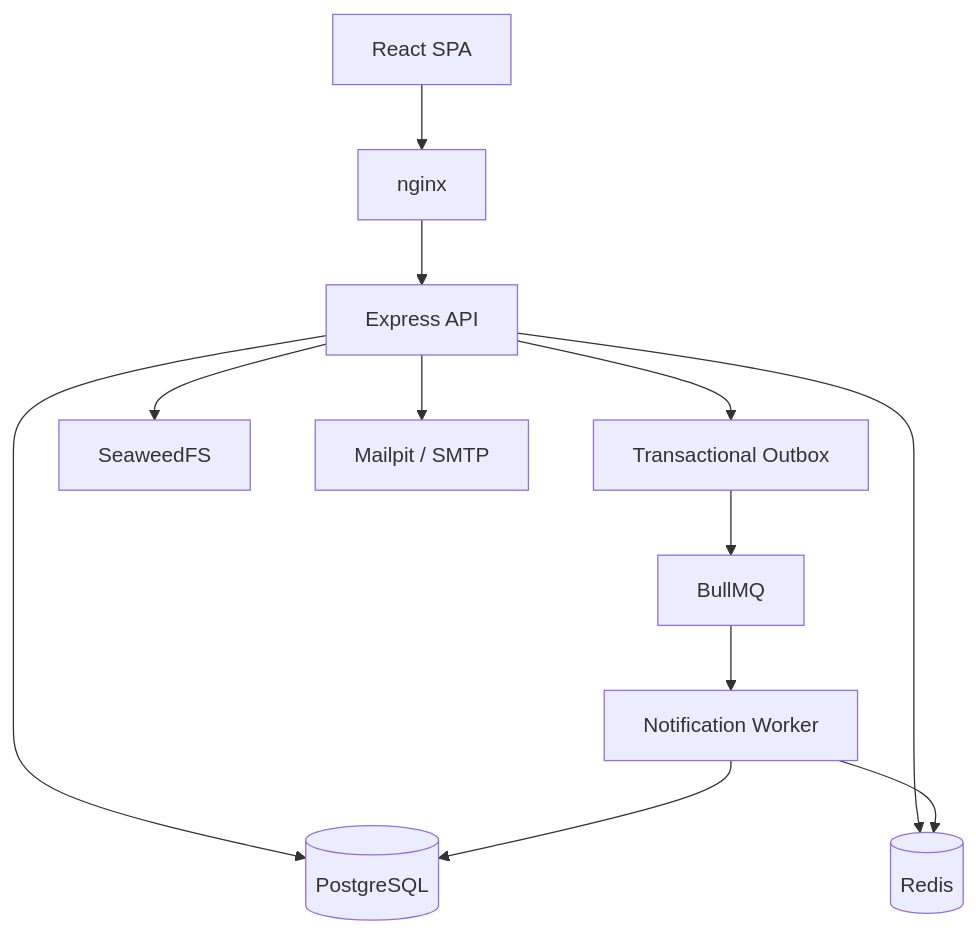
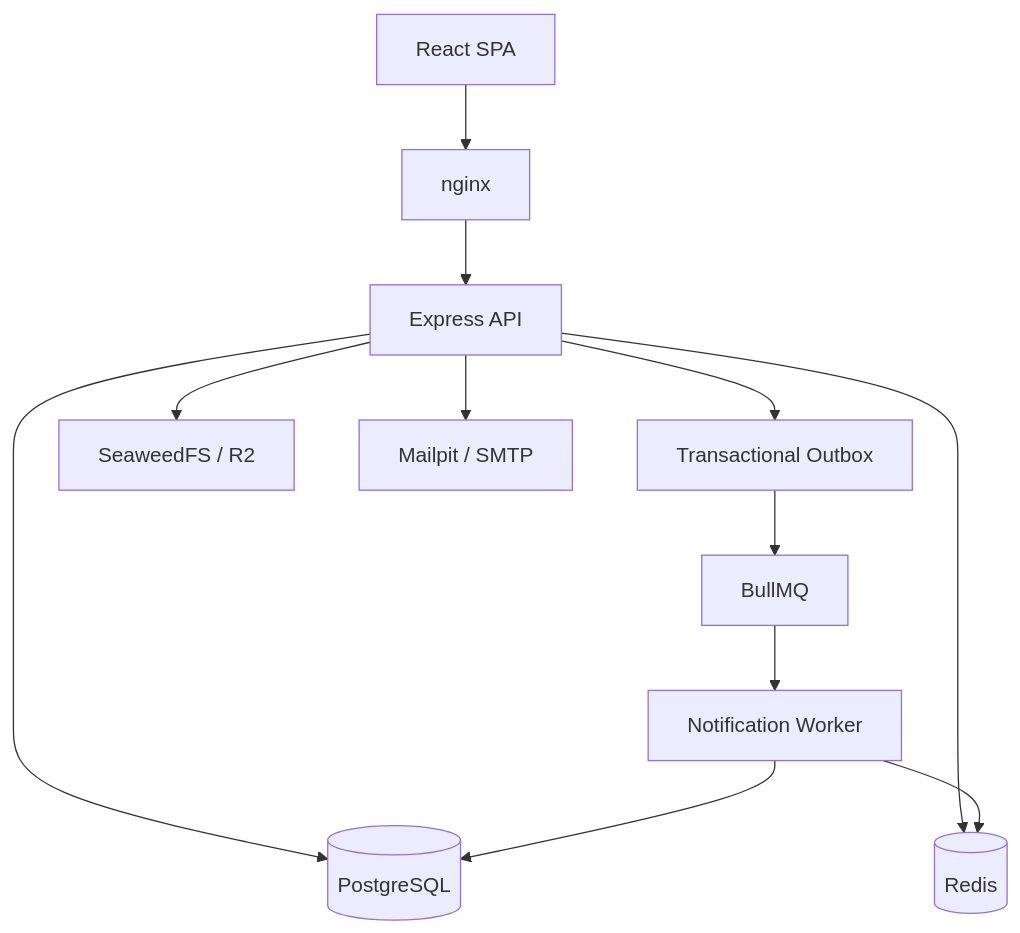
The diagram in README.ja.md (oracle-vfts-352/Mirai_Hub), drawn with Mermaid before and after one commit. The commit also changed other lines of this file and 1 other file, not shown here.

````diff
--- a/README.ja.md
+++ b/README.ja.md
@@ -88,25 +110,25 @@
 ```mermaid
 flowchart TD
     Client[React SPA]
     Nginx[nginx]
     API[Express API]
     DB[(PostgreSQL)]
     Redis[(Redis)]
     Outbox[Transactional Outbox]
     Queue[BullMQ]
     Worker[Notification Worker]
-    Storage[SeaweedFS]
+    Storage[SeaweedFS / R2]
     Mail[Mailpit / SMTP]
 
     Client --> Nginx
     Nginx --> API
     API --> DB
     API --> Redis
     API --> Storage
     API --> Mail
     API --> Outbox
     Outbox --> Queue
     Queue --> Worker
     Worker --> DB
     Worker --> Redis
 ```
````
